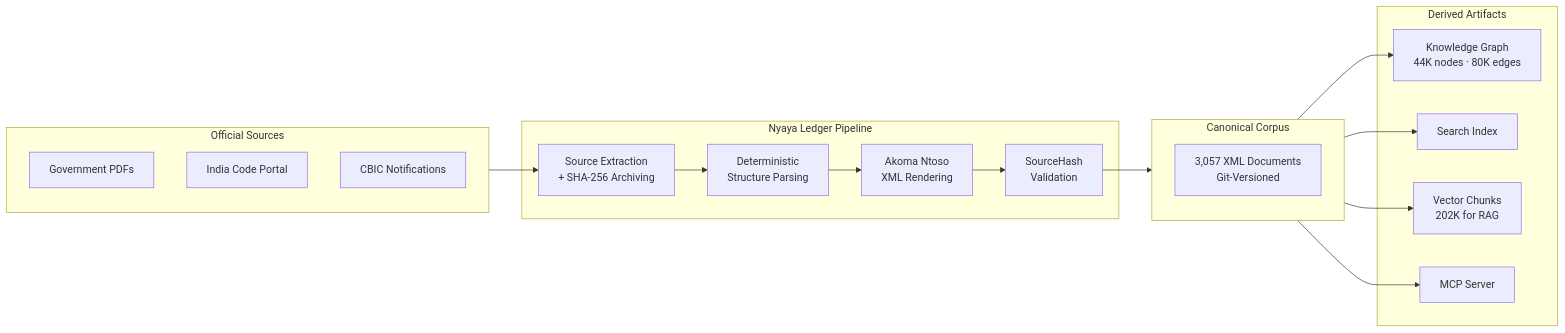
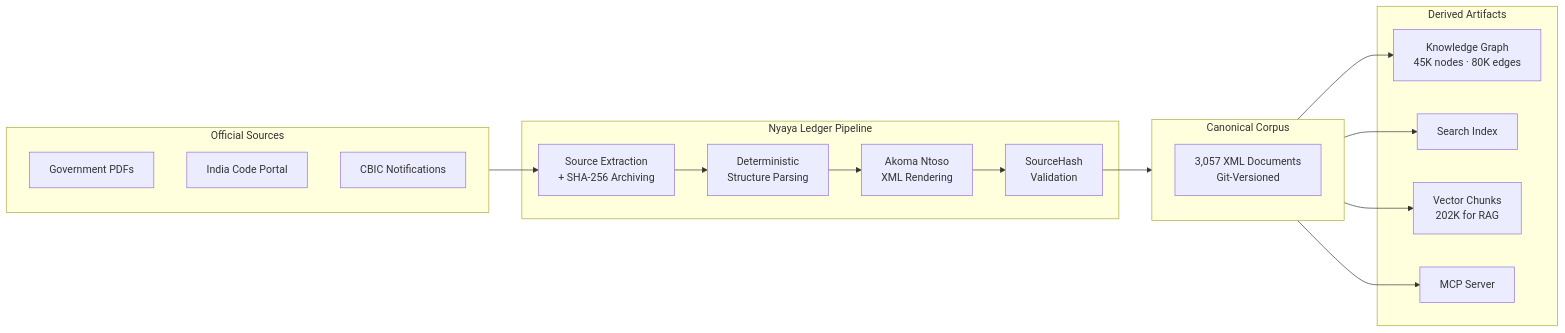
One commit to shikharpant/nyaya-ledger changed the first of 5 diagrams in README.md. Above: the diagram before and after it, drawn with Mermaid. The commit also changed other lines of this file, not shown here.

Commit message:
Update README graph triage metrics

````diff
--- a/README.md
+++ b/README.md
@@ -92,29 +93,29 @@
 ```mermaid
 flowchart LR
     subgraph Sources["Official Sources"]
         PDF["Government PDFs"]
         PORTAL["India Code Portal"]
         CBIC["CBIC Notifications"]
     end
 
     subgraph Pipeline["Nyaya Ledger Pipeline"]
         EXTRACT["Source Extraction<br/>+ SHA-256 Archiving"]
         PARSE["Deterministic<br/>Structure Parsing"]
         RENDER["Akoma Ntoso<br/>XML Rendering"]
         VALIDATE["SourceHash<br/>Validation"]
     end
 
     subgraph Corpus["Canonical Corpus"]
         XML["3,057 XML Documents<br/>Git-Versioned"]
     end
 
     subgraph Derived["Derived Artifacts"]
-        GRAPH["Knowledge Graph<br/>44K nodes · 80K edges"]
+        GRAPH["Knowledge Graph<br/>45K nodes · 80K edges"]
         SEARCH["Search Index"]
         VECTOR["Vector Chunks<br/>202K for RAG"]
         MCP["MCP Server"]
     end
 
     Sources --> EXTRACT --> PARSE --> RENDER --> VALIDATE --> Corpus
     Corpus --> GRAPH & SEARCH & VECTOR & MCP
 ```
````
